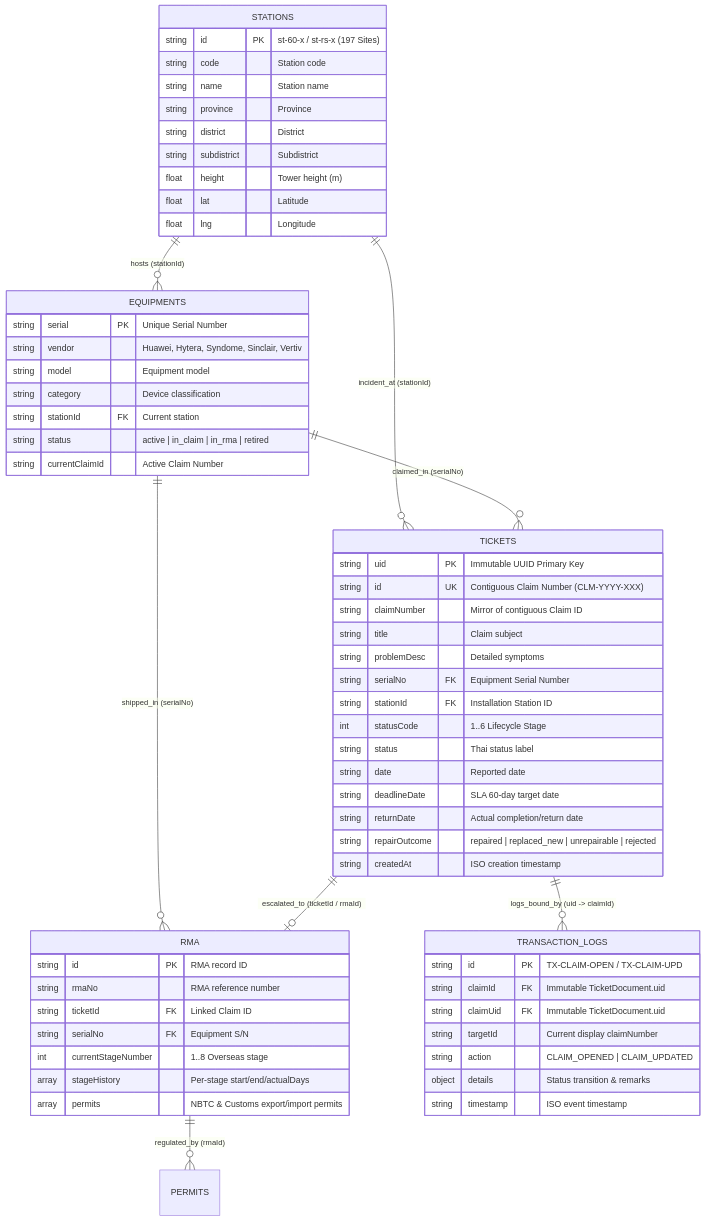
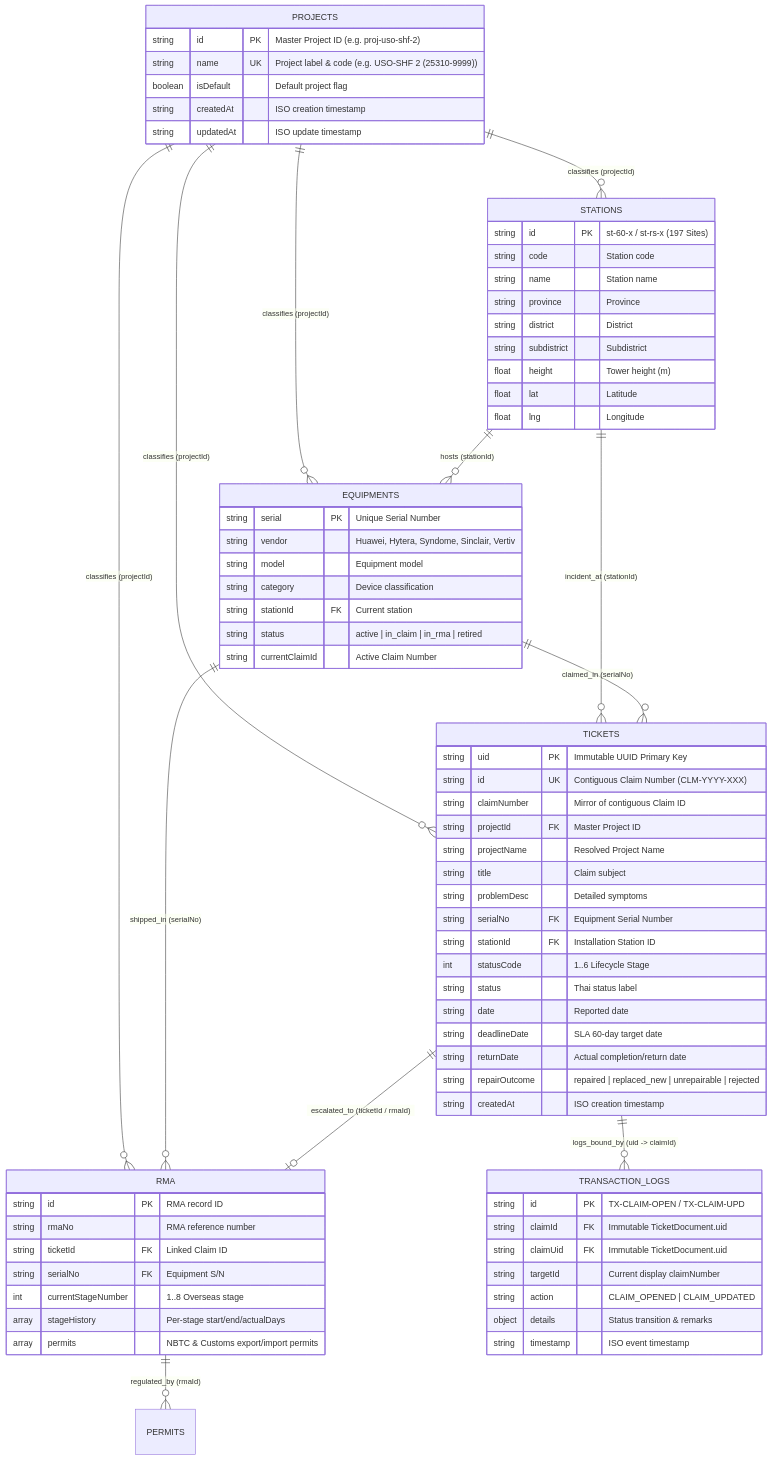
The second of 4 diagrams in design.md (Slr670/Caim), drawn with Mermaid before and after one commit. The commit also changed other lines of this file and 39 other files, not shown here.

Commit message:
feat(projects): add passcode-protected project management, form dropdowns, and list columns

````diff
--- a/design.md
+++ b/design.md
@@ -132,5 +132,9 @@
 ```mermaid
 erDiagram
+  PROJECTS ||--o{ STATIONS : "classifies (projectId)"
+  PROJECTS ||--o{ EQUIPMENTS : "classifies (projectId)"
+  PROJECTS ||--o{ TICKETS : "classifies (projectId)"
+  PROJECTS ||--o{ RMA : "classifies (projectId)"
   STATIONS ||--o{ EQUIPMENTS : "hosts (stationId)"
   STATIONS ||--o{ TICKETS : "incident_at (stationId)"
   EQUIPMENTS ||--o{ TICKETS : "claimed_in (serialNo)"
@@ -139,10 +143,20 @@
   TICKETS ||--o{ TRANSACTION_LOGS : "logs_bound_by (uid -> claimId)"
   RMA ||--o{ PERMITS : "regulated_by (rmaId)"
 
+  PROJECTS {
+    string id PK "Master Project ID (e.g. proj-uso-shf-2)"
+    string name UK "Project label & code (e.g. USO-SHF 2 (25310-9999))"
+    boolean isDefault "Default project flag"
+    string createdAt "ISO creation timestamp"
+    string updatedAt "ISO update timestamp"
+  }
+
   TICKETS {
     string uid PK "Immutable UUID Primary Key"
     string id UK "Contiguous Claim Number (CLM-YYYY-XXX)"
     string claimNumber "Mirror of contiguous Claim ID"
+    string projectId FK "Master Project ID"
+    string projectName "Resolved Project Name"
     string title "Claim subject"
     string problemDesc "Detailed symptoms"
     string serialNo FK "Equipment Serial Number"
````
